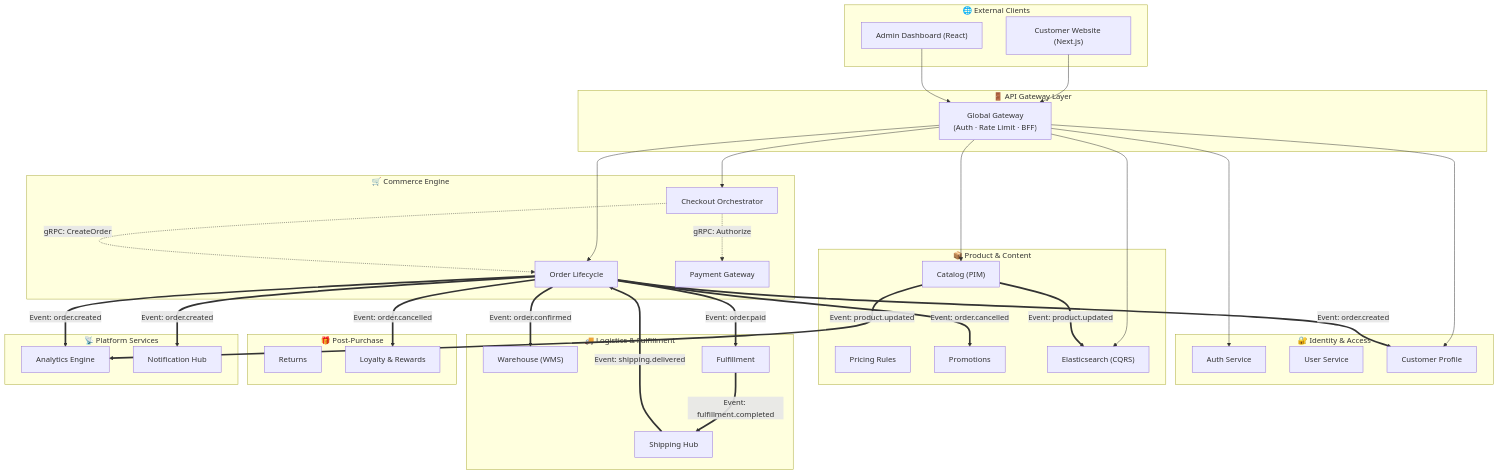
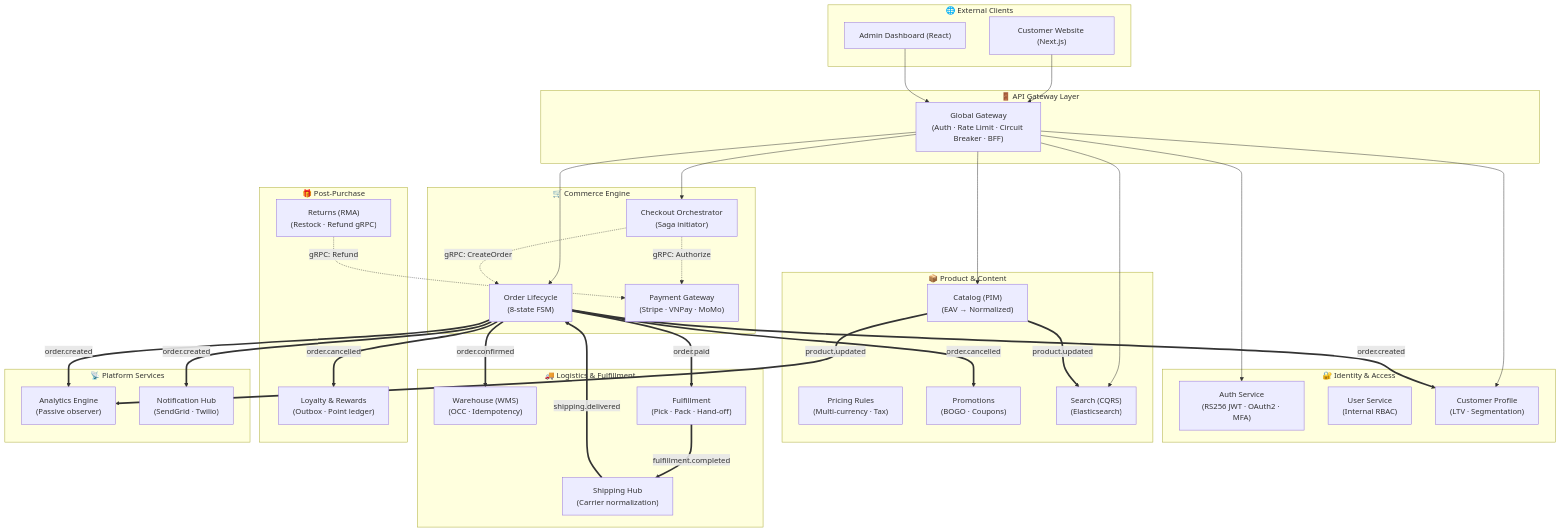
The first of 3 diagrams in content/posts/blueprint-ecommerce-microservices-architecture-diagram.md (vesviet/vesviet), drawn with Mermaid before and after one commit. The commit also changed other lines of this file and 2 other files, not shown here.

Commit message:
feat: upgrade 3 priority posts - EAV export, GitOps ArgoCD, blueprint series anchor

````diff
--- a/content/posts/blueprint-ecommerce-microservices-architecture-diagram.md
+++ b/content/posts/blueprint-ecommerce-microservices-architecture-diagram.md
@@ -21,61 +38,66 @@
 ```mermaid
 graph TD
     subgraph "🌐 External Clients"
         FE["Customer Website (Next.js)"]
         ADMIN["Admin Dashboard (React)"]
     end
 
     subgraph "🚪 API Gateway Layer"
-        GW["Global Gateway \n (Auth · Rate Limit · BFF)"]
+        GW["Global Gateway\n(Auth · Rate Limit · Circuit Breaker · BFF)"]
     end
 
     subgraph "🔐 Identity & Access"
-        AUTH["Auth Service"]
-        USR["User Service"]
-        CUST["Customer Profile"]
+        AUTH["Auth Service\n(RS256 JWT · OAuth2 · MFA)"]
+        USR["User Service\n(Internal RBAC)"]
+        CUST["Customer Profile\n(LTV · Segmentation)"]
     end
 
     subgraph "📦 Product & Content"
-        CAT["Catalog (PIM)"]
-        PRC["Pricing Rules"]
-        PROMO["Promotions"]
-        SEARCH["Elasticsearch (CQRS)"]
+        CAT["Catalog (PIM)\n(EAV → Normalized)"]
+        PRC["Pricing Rules\n(Multi-currency · Tax)"]
+        PROMO["Promotions\n(BOGO · Coupons)"]
+        SEARCH["Search (CQRS)\n(Elasticsearch)"]
     end
 
     subgraph "🛒 Commerce Engine"
-        CK["Checkout Orchestrator"]
-        ORD["Order Lifecycle"]
-        PAY["Payment Gateway"]
+        CK["Checkout Orchestrator\n(Saga initiator)"]
+        ORD["Order Lifecycle\n(8-state FSM)"]
+        PAY["Payment Gateway\n(Stripe · VNPay · MoMo)"]
     end
 
     subgraph "🚚 Logistics & Fulfillment"
-        WH["Warehouse (WMS)"]
-        FF["Fulfillment"]
-        SH["Shipping Hub"]
+        WH["Warehouse (WMS)\n(OCC · Idempotency)"]
+        FF["Fulfillment\n(Pick · Pack · Hand-off)"]
+        SH["Shipping Hub\n(Carrier normalization)"]
     end
 
     subgraph "🎁 Post-Purchase"
-        RET["Returns"]
-        LR["Loyalty & Rewards"]
+        RET["Returns (RMA)\n(Restock · Refund gRPC)"]
+        LR["Loyalty & Rewards\n(Outbox · Point ledger)"]
     end
 
     subgraph "📡 Platform Services"
-        AN["Analytics Engine"]
-        NOTIF["Notification Hub"]
+        AN["Analytics Engine\n(Passive observer)"]
+        NOTIF["Notification Hub\n(SendGrid · Twilio)"]
     end
 
-    %% Traffic Flow Paths
+    %% External traffic
     FE & ADMIN --> GW
+
+    %% Synchronous paths (solid)
     GW --> AUTH & CUST & CAT & SEARCH & CK & ORD
 
-    %% Internal Communication & Events
+    %% gRPC internal calls (dotted)
     CK -.->|"gRPC: CreateOrder"| ORD
     CK -.->|"gRPC: Authorize"| PAY
-    ORD == "Event: order.confirmed" ==> WH
-    ORD == "Event: order.paid" ==> FF
-    FF == "Event: fulfillment.completed" ==> SH
-    SH == "Event: shipping.delivered" ==> ORD
-    ORD == "Event: order.cancelled" ==> LR & PROMO
-    CAT == "Event: product.updated" ==> SEARCH & AN
-    ORD == "Event: order.created" ==> AN & CUST & NOTIF
+    RET -.->|"gRPC: Refund"| PAY
+
+    %% Async event paths (double)
+    ORD ==>|"order.confirmed"| WH
+    ORD ==>|"order.paid"| FF
+    FF ==>|"fulfillment.completed"| SH
+    SH ==>|"shipping.delivered"| ORD
+    ORD ==>|"order.cancelled"| LR & PROMO
+    CAT ==>|"product.updated"| SEARCH & AN
+    ORD ==>|"order.created"| AN & CUST & NOTIF
 ```
````
